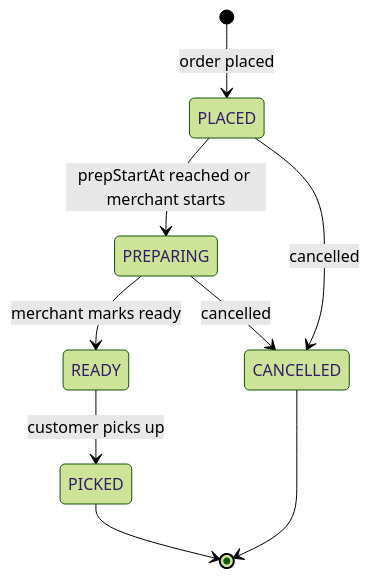
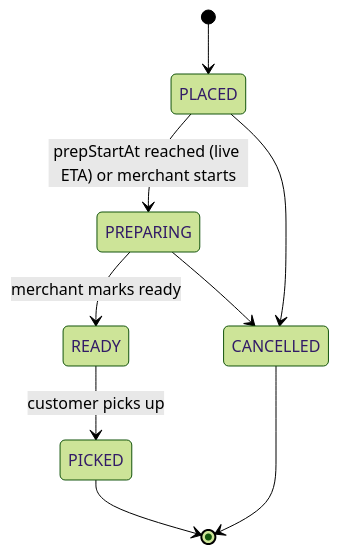
Before and after one commit to ManoharEldhandi/OnTheWay: the seventh of 10 diagrams in ARCHITECTURE.md, drawn with Mermaid (forest theme). The commit also changed other lines of this file and 1 other file, not shown here.

First line of the commit message:
docs: re-plan as role-separated product (architecture v2 + new to-do)

````diff
--- a/ARCHITECTURE.md
+++ b/ARCHITECTURE.md
@@ -166,11 +237,11 @@
 ```mermaid
 stateDiagram-v2
-    [*] --> PLACED: order placed
-    PLACED --> PREPARING: prepStartAt reached or merchant starts
+    [*] --> PLACED
+    PLACED --> PREPARING: prepStartAt reached (live ETA) or merchant starts
     PREPARING --> READY: merchant marks ready
     READY --> PICKED: customer picks up
-    PLACED --> CANCELLED: cancelled
-    PREPARING --> CANCELLED: cancelled
+    PLACED --> CANCELLED
+    PREPARING --> CANCELLED
     PICKED --> [*]
     CANCELLED --> [*]
 ```
````
